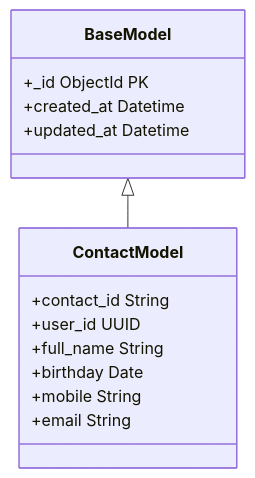
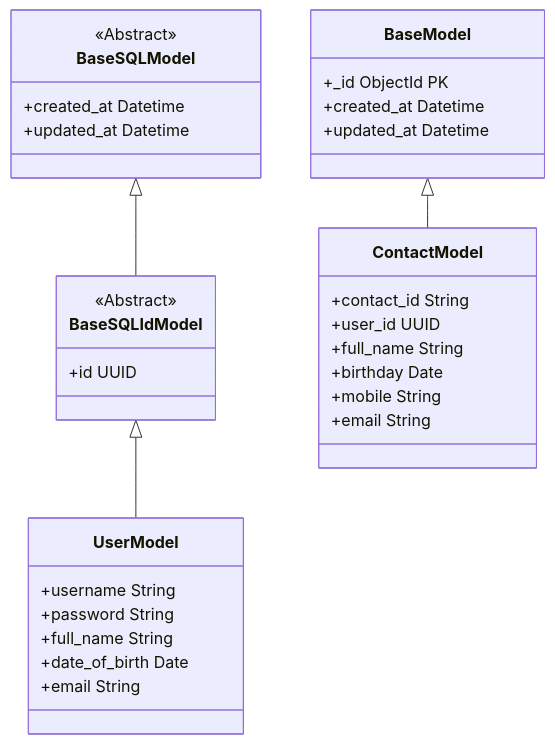
The diagram in docs/System-Models.md (gnknithin/Personify-Service), drawn with Mermaid before and after one commit. The commit also changed 6 other files, not shown here.

Commit message:
feat (core) : added UserModel with tests

```diff
--- a/docs/System-Models.md
+++ b/docs/System-Models.md
@@ -1,17 +1,35 @@
 ::: mermaid
 classDiagram
+    BaseSQLIdModel <|-- UserModel
+    class UserModel {
+        +username String
+        +password String
+        +full_name String
+        +date_of_birth Date
+        +email String
+    }
+    BaseSQLModel <|-- BaseSQLIdModel
+    class BaseSQLIdModel {
+        <<Abstract>>
+        +id UUID
+    }
+    class BaseSQLModel {
+        <<Abstract>>
+        +created_at Datetime
+        +updated_at Datetime
+    }
     BaseModel <|-- ContactModel
     class ContactModel {
         +contact_id String
         +user_id UUID
         +full_name String
         +birthday Date
         +mobile String
         +email String
     }
     class BaseModel {
         +_id ObjectId PK
         +created_at Datetime
         +updated_at Datetime
     }
 :::
```
